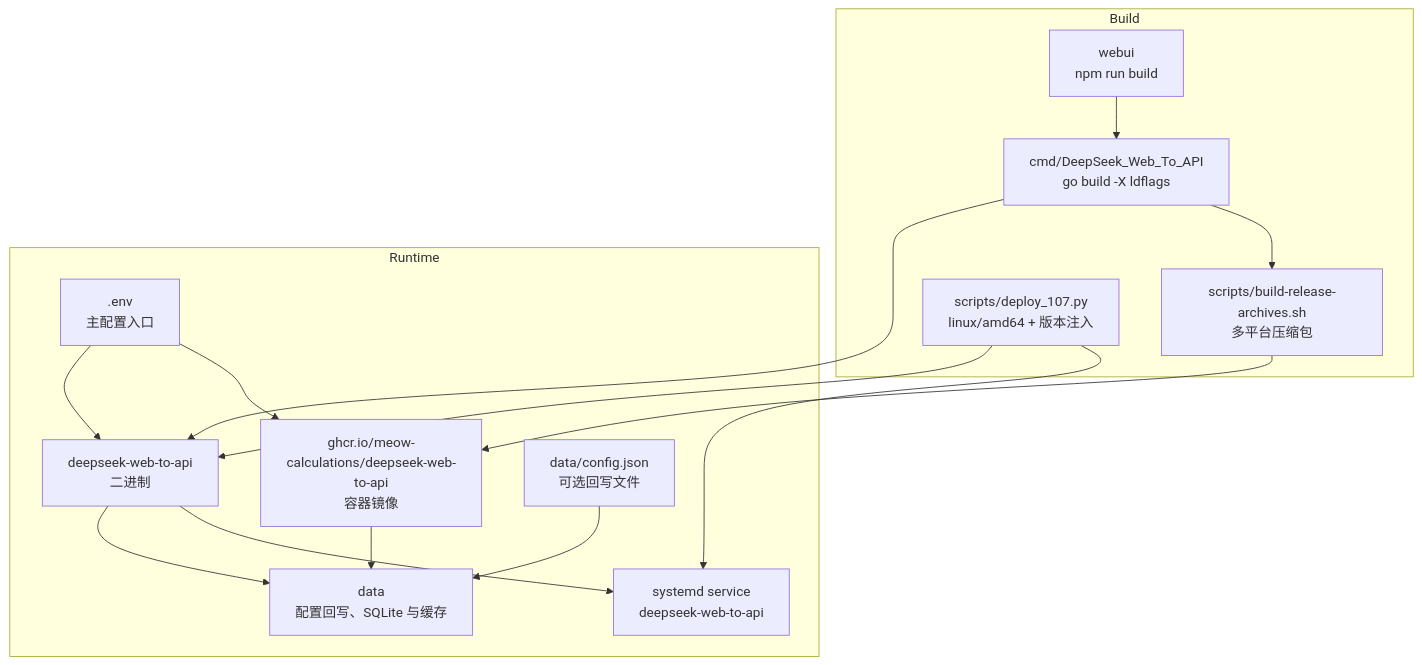
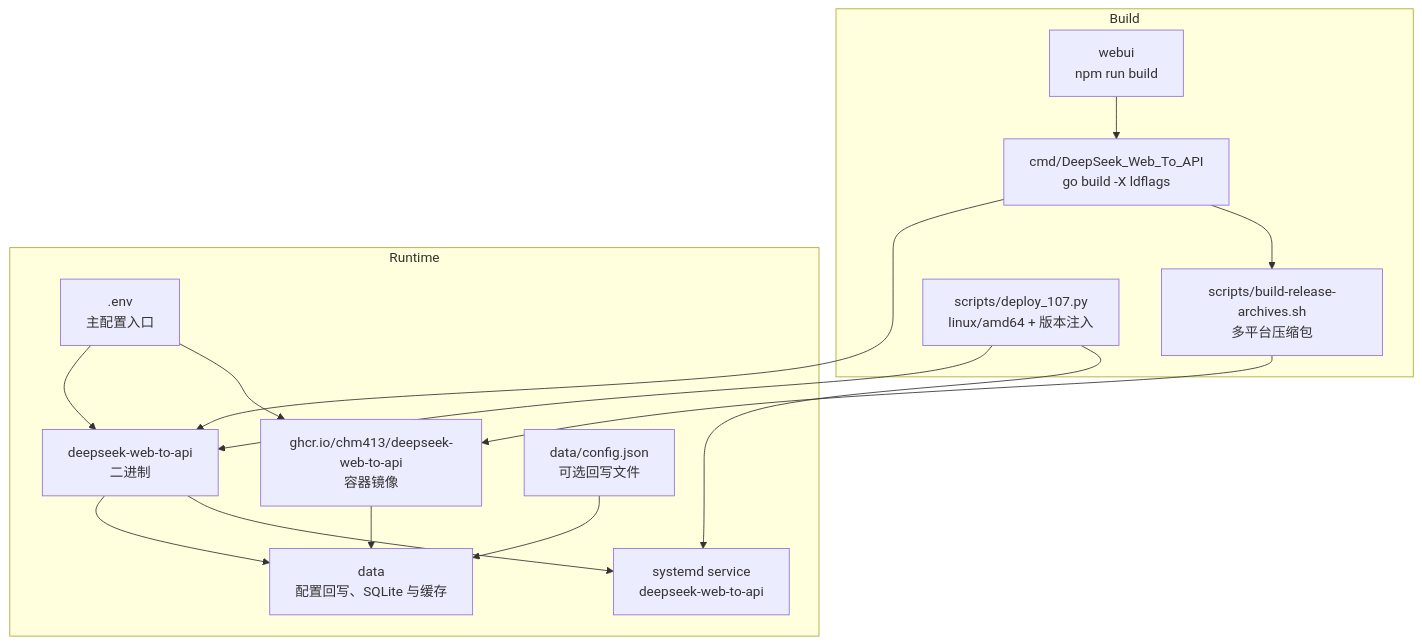
The first of 2 diagrams in docs/deployment.md (chm413/DeepSeek_Web_To_API), drawn with Mermaid before and after one commit. The commit also changed other lines of this file and 56 other files, not shown here.

````diff
--- a/docs/deployment.md
+++ b/docs/deployment.md
@@ -51,29 +51,29 @@
 ```mermaid
 graph TB
 subgraph "Build"
 WEBBUILD["webui<br/>npm run build"]
 GOBUILD["cmd/DeepSeek_Web_To_API<br/>go build -X ldflags"]
 ARCHIVE["scripts/build-release-archives.sh<br/>多平台压缩包"]
 DEPLOYPY["scripts/deploy_107.py<br/>linux/amd64 + 版本注入"]
 end
 subgraph "Runtime"
 BINARY["deepseek-web-to-api<br/>二进制"]
-DOCKER["ghcr.io/meow-calculations/deepseek-web-to-api<br/>容器镜像"]
+DOCKER["ghcr.io/chm413/deepseek-web-to-api<br/>容器镜像"]
 CONFIG["data/config.json<br/>可选回写文件"]
 ENV[".env<br/>主配置入口"]
 DATA["data<br/>配置回写、SQLite 与缓存"]
 SYSTEMD["systemd service<br/>deepseek-web-to-api"]
 end
 WEBBUILD --> GOBUILD
 GOBUILD --> BINARY
 GOBUILD --> ARCHIVE
 ARCHIVE --> DOCKER
 ENV --> BINARY
 ENV --> DOCKER
 CONFIG --> DATA
 BINARY --> DATA
 DOCKER --> DATA
 BINARY --> SYSTEMD
 DEPLOYPY --> BINARY
 DEPLOYPY --> SYSTEMD
 ```
````
